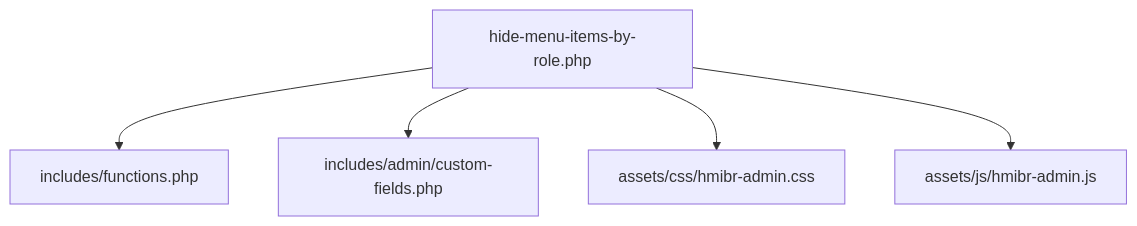
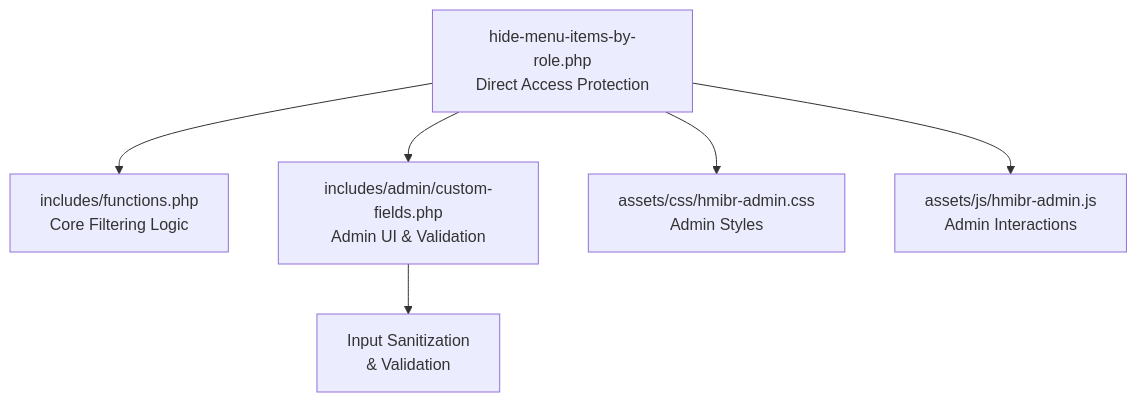
One commit to mahfuzurwp/hide-menu-items-by-role changed the first of 6 diagrams in .qoder/repowiki/en/content/Plugin Overview.md. Above: the diagram before and after it, drawn with Mermaid. The commit also changed other lines of this file and 8 other files, not shown here.

````diff
--- a/.qoder/repowiki/en/content/Plugin Overview.md
+++ b/.qoder/repowiki/en/content/Plugin Overview.md
@@ -43,7 +60,8 @@
 ```mermaid
 graph TB
-root["hide-menu-items-by-role.php"] --> inc_funcs["includes/functions.php"]
-root --> inc_admin["includes/admin/custom-fields.php"]
-root --> css["assets/css/hmibr-admin.css"]
-root --> js["assets/js/hmibr-admin.js"]
+root["hide-menu-items-by-role.php<br/>Direct Access Protection"] --> inc_funcs["includes/functions.php<br/>Core Filtering Logic"]
+root --> inc_admin["includes/admin/custom-fields.php<br/>Admin UI & Validation"]
+root --> css["assets/css/hmibr-admin.css<br/>Admin Styles"]
+root --> js["assets/js/hmibr-admin.js<br/>Admin Interactions"]
+inc_admin --> validation["Input Sanitization<br/>& Validation"]
 ```
````
